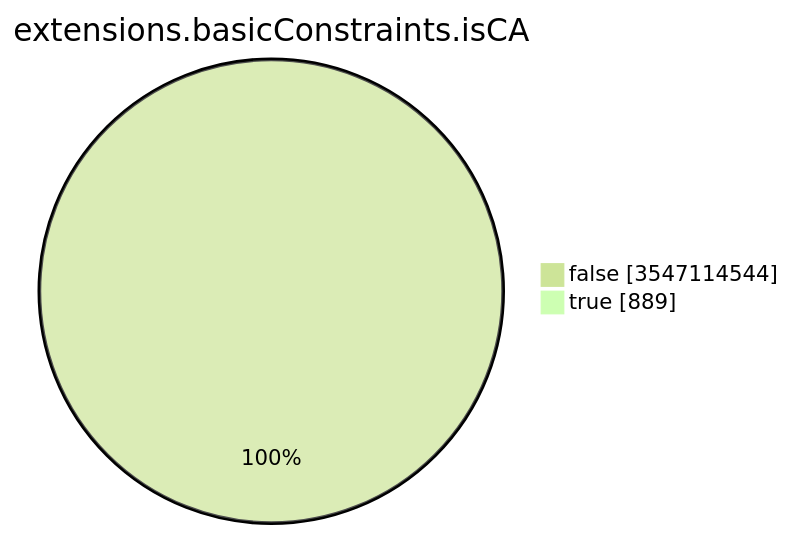
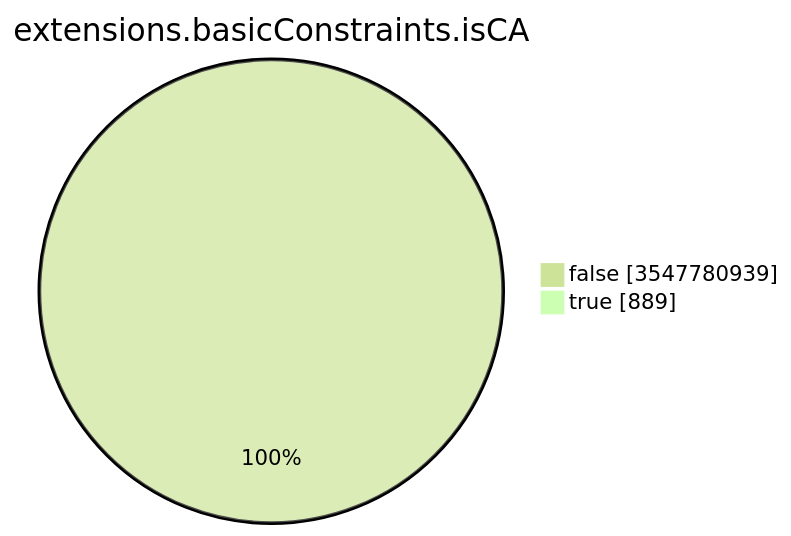
The seventh of 15 diagrams in TOTAL/README.md (christiankrug/ctmonitor_visualization), drawn with Mermaid (forest theme) before and after one commit. The commit also changed other lines of this file, not shown here.

````diff
--- a/TOTAL/README.md
+++ b/TOTAL/README.md
@@ -3094,6 +3094,6 @@
 ```mermaid
 pie showData
 title extensions.basicConstraints.isCA
-"false" :3547114544
+"false" :3547780939
 "true" :889
 ```
````
